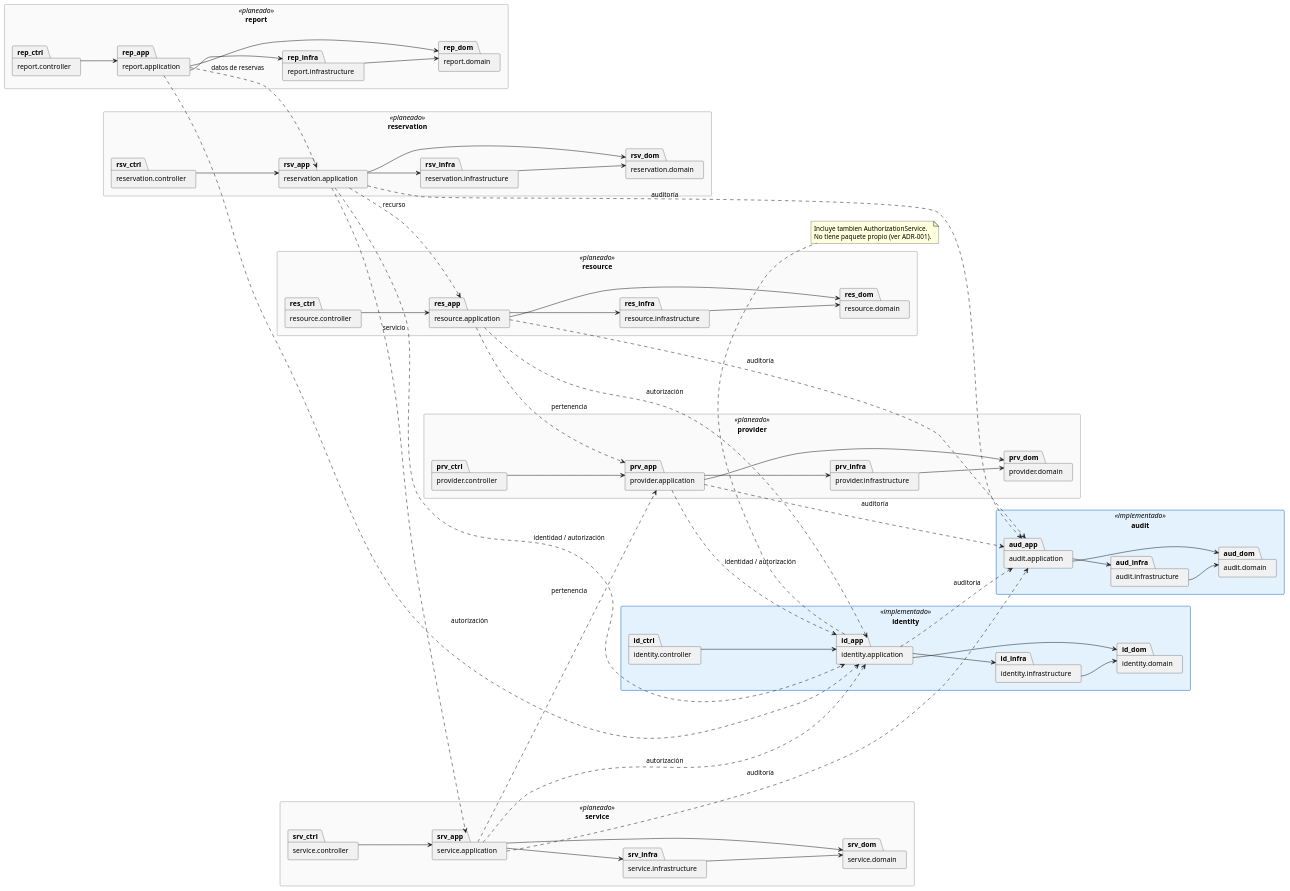
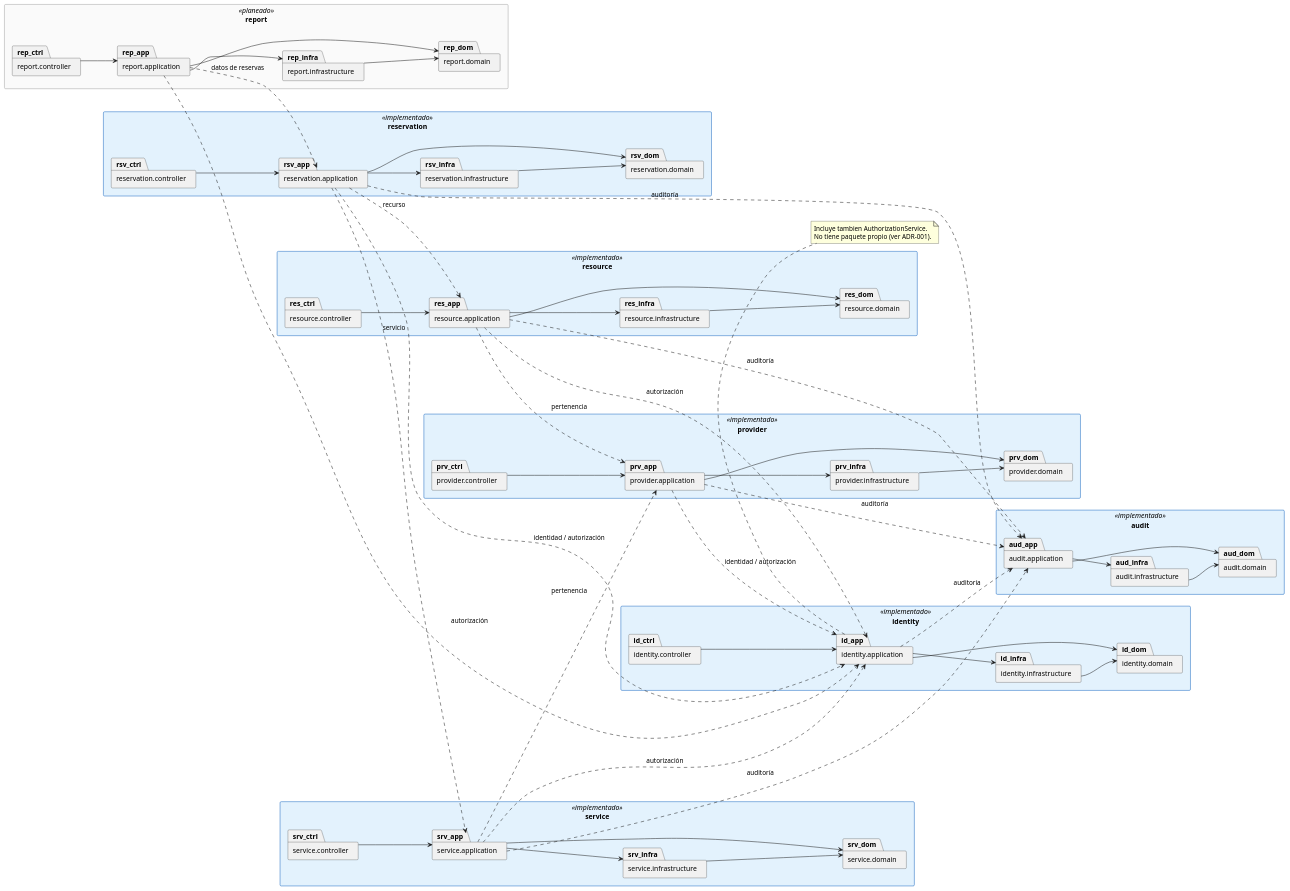
One commit to Fabrica-escuela-proyectos/Proyecto2026-2 changed the diagram in docs/arquitectura/diagramas/diagrama-paquetes.puml. Above: the diagram before and after it, drawn with PlantUML. The commit also changed 18 other files, not shown here.

```diff
--- a/docs/arquitectura/diagramas/diagrama-paquetes.puml
+++ b/docs/arquitectura/diagramas/diagrama-paquetes.puml
@@ -1,139 +1,139 @@
 @startuml Diagrama_de_Paquetes_v3
 
 ' ==========================================================
 ' Convenciones aplicadas segun "Clase4-20232.pdf" (Descripcion
 ' de la arquitectura general con UML, UdeA):
 ' - Diapositiva 4: "Modele las dependencias de izquierda a
 '   derecha" -> left to right direction.
 ' - Diapositivas 6-7: paquete = rectangulo con pestana; las
 '   dependencias entre paquetes son flechas punteadas que van
 '   del paquete DEPENDIENTE al paquete del cual depende
 '   (igual que UI/BO/DB -> Util Package en el ejemplo del PDF).
 ' - Diapositiva 3: dentro de una misma arquitectura en capas
 '   (aqui: controller/application/infrastructure/domain por
 '   modulo) el apilamiento es vertical, igual que
 '   Presentation/Service/Domain/Persistence/DataSource Layer.
 '
 ' Nota: a diferencia del diagrama de componentes, aqui NO se
 ' dibuja "Authorization" como paquete propio: vive fisicamente
 ' dentro de identity.application, tal como fija
 ' ADR-001-monolito-modular.md (Aceptado, 7 modulos, sin
 ' "authorization" en la lista). El diagrama de componentes SI
 ' puede separarlo porque, segun la diapositiva 12 del PDF, "un
 ' componente tiene un nivel de abstraccion mas elevado que un
 ' diagrama de clase" y no requiere mapear 1:1 a un paquete.
 ' ==========================================================
 
 left to right direction
 skinparam packageStyle rectangle
 skinparam shadowing false
 skinparam package {
     BackgroundColor<<implementado>> #E3F2FD
     BorderColor<<implementado>> #1565C0
     BackgroundColor<<planeado>> #FAFAFA
     BorderColor<<planeado>> #9E9E9E
 }
 
 package "report" <<planeado>> {
     package "report.controller" as rep_ctrl
     package "report.application" as rep_app
     package "report.infrastructure" as rep_infra
     package "report.domain" as rep_dom
     rep_ctrl --> rep_app
     rep_app --> rep_infra
     rep_app --> rep_dom
     rep_infra --> rep_dom
 }
 
-package "reservation" <<planeado>> {
+package "reservation" <<implementado>> {
     package "reservation.controller" as rsv_ctrl
     package "reservation.application" as rsv_app
     package "reservation.infrastructure" as rsv_infra
     package "reservation.domain" as rsv_dom
     rsv_ctrl --> rsv_app
     rsv_app --> rsv_infra
     rsv_app --> rsv_dom
     rsv_infra --> rsv_dom
 }
 
-package "service" <<planeado>> {
+package "service" <<implementado>> {
     package "service.controller" as srv_ctrl
     package "service.application" as srv_app
     package "service.infrastructure" as srv_infra
     package "service.domain" as srv_dom
     srv_ctrl --> srv_app
     srv_app --> srv_infra
     srv_app --> srv_dom
     srv_infra --> srv_dom
 }
 
-package "resource" <<planeado>> {
+package "resource" <<implementado>> {
     package "resource.controller" as res_ctrl
     package "resource.application" as res_app
     package "resource.infrastructure" as res_infra
     package "resource.domain" as res_dom
     res_ctrl --> res_app
     res_app --> res_infra
     res_app --> res_dom
     res_infra --> res_dom
 }
 
-package "provider" <<planeado>> {
+package "provider" <<implementado>> {
     package "provider.controller" as prv_ctrl
     package "provider.application" as prv_app
     package "provider.infrastructure" as prv_infra
     package "provider.domain" as prv_dom
     prv_ctrl --> prv_app
     prv_app --> prv_infra
     prv_app --> prv_dom
     prv_infra --> prv_dom
 }
 
 package "identity" <<implementado>> {
     package "identity.controller" as id_ctrl
     package "identity.application" as id_app
     package "identity.infrastructure" as id_infra
     package "identity.domain" as id_dom
     id_ctrl --> id_app
     id_app --> id_infra
     id_app --> id_dom
     id_infra --> id_dom
 }
 note bottom of id_app
   Incluye tambien AuthorizationService.
   No tiene paquete propio (ver ADR-001).
 end note
 
 package "audit" <<implementado>> {
     package "audit.application" as aud_app
     package "audit.infrastructure" as aud_infra
     package "audit.domain" as aud_dom
     aud_app --> aud_infra
     aud_app --> aud_dom
     aud_infra --> aud_dom
 }
 
 ' ================= DEPENDENCIAS ENTRE MODULOS =================
 ' Van del paquete dependiente al paquete del cual depende,
 ' todas a nivel de application (ADR-003: los modulos solo se
 ' comunican via la capa de aplicacion del otro).
 
 rep_app ..> rsv_app : datos de reservas
 rsv_app ..> srv_app : servicio
 rsv_app ..> res_app : recurso
 srv_app ..> prv_app : pertenencia
 res_app ..> prv_app : pertenencia
 
 prv_app ..> id_app : identidad / autorización
 rsv_app ..> id_app : identidad / autorización
 srv_app ..> id_app : autorización
 res_app ..> id_app : autorización
 rep_app ..> id_app : autorización
 
 id_app  ..> aud_app : auditoría
 prv_app ..> aud_app : auditoría
 rsv_app ..> aud_app : auditoría
 srv_app ..> aud_app : auditoría
 res_app ..> aud_app : auditoría
 
 @enduml
```
